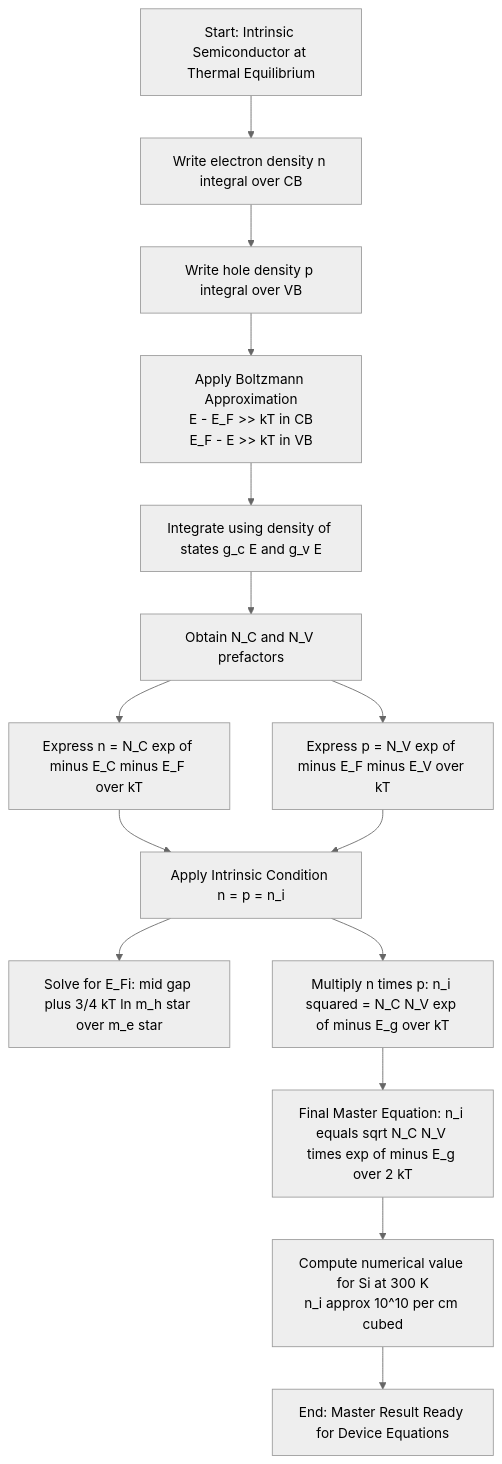
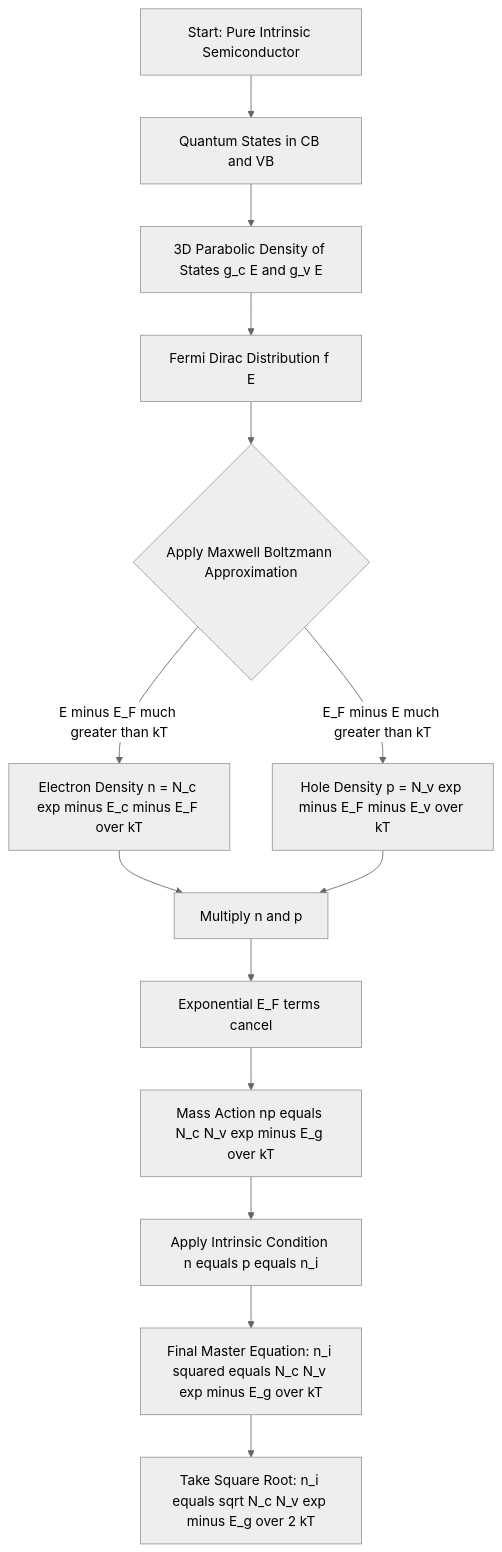
Before and after one commit to vishnuu-kr/ktunode: the first of 3 diagrams in public/notes/computer-science-and-engineering/semester-1/gapht121-physics-for-information-science/03-module-3-semiconductor-physics/intrinsic-carrier-concentration/notes.md, drawn with Mermaid (neutral theme). The commit also changed other lines of this file and 4829 other files, not shown here.

````diff
--- a/public/notes/computer-science-and-engineering/semester-1/gapht121-physics-for-information-science/03-module-3-semiconductor-physics/intrinsic-carrier-concentration/notes.md
+++ b/public/notes/computer-science-and-engineering/semester-1/gapht121-physics-for-information-science/03-module-3-semiconductor-physics/intrinsic-carrier-concentration/notes.md
@@ -376,17 +458,16 @@
 ```mermaid
 flowchart TD
-    A[Start: Intrinsic Semiconductor at Thermal Equilibrium] --> B[Write electron density n integral over CB]
-    B --> C[Write hole density p integral over VB]
-    C --> D[Apply Boltzmann Approximation<br/>E - E_F >> kT in CB<br/>E_F - E >> kT in VB]
-    D --> E[Integrate using density of states g_c E and g_v E]
-    E --> F[Obtain N_C and N_V prefactors]
-    F --> G[Express n = N_C exp of minus E_C minus E_F over kT]
-    F --> H[Express p = N_V exp of minus E_F minus E_V over kT]
-    G --> I[Apply Intrinsic Condition n = p = n_i]
-    H --> I
-    I --> J[Solve for E_Fi: mid gap plus 3/4 kT ln m_h star over m_e star]
-    I --> K[Multiply n times p: n_i squared = N_C N_V exp of minus E_g over kT]
-    K --> L[Final Master Equation: n_i equals sqrt N_C N_V times exp of minus E_g over 2 kT]
-    L --> M[Compute numerical value for Si at 300 K<br/>n_i approx 10^10 per cm cubed]
-    M --> N[End: Master Result Ready for Device Equations]
+    A[Start: Pure Intrinsic Semiconductor] --> B[Quantum States in CB and VB]
+    B --> C[3D Parabolic Density of States g_c E and g_v E]
+    C --> D[Fermi Dirac Distribution f E]
+    D --> E{Apply Maxwell Boltzmann Approximation}
+    E -->|E minus E_F much greater than kT| F[Electron Density n = N_c exp minus E_c minus E_F over kT]
+    E -->|E_F minus E much greater than kT| G[Hole Density p = N_v exp minus E_F minus E_v over kT]
+    F --> H[Multiply n and p]
+    G --> H
+    H --> I[Exponential E_F terms cancel]
+    I --> J[Mass Action np equals N_c N_v exp minus E_g over kT]
+    J --> K[Apply Intrinsic Condition n equals p equals n_i]
+    K --> L[Final Master Equation: n_i squared equals N_c N_v exp minus E_g over kT]
+    L --> M[Take Square Root: n_i equals sqrt N_c N_v exp minus E_g over 2 kT]
 ```
````
